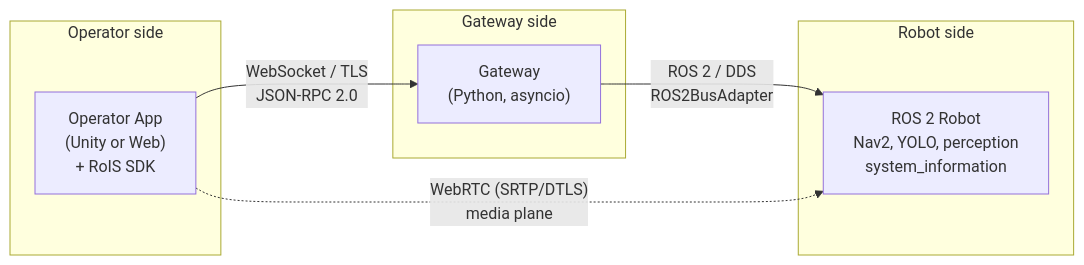
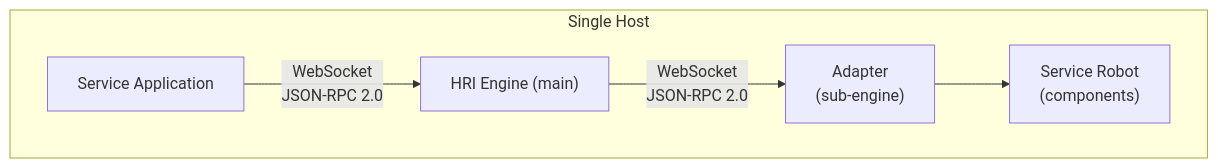
One commit to openrois/openrois changed the eighth of 17 diagrams in docs/white-paper.md. Above: the diagram before and after it, drawn with Mermaid. The commit also changed other lines of this file and 1 other file, not shown here.

First line of the commit message:
docs: correct engine overview and rewrite deployment topologies

````diff
--- a/docs/white-paper.md
+++ b/docs/white-paper.md
@@ -1260,18 +1265,12 @@
 ```mermaid
-flowchart LR
-    subgraph Operator["Operator side"]
-        App["Operator App<br/>(Unity or Web)<br/>+ RoIS SDK"]
+flowchart TB
+    subgraph Host["Single Host"]
+        App["Service Application"]
+        GW["HRI Engine (main)"]
+        Adapter["Adapter<br/>(sub-engine)"]
+        Robot["Service Robot<br/>(components)"]
+        App -->|"WebSocket<br/>JSON-RPC 2.0"| GW
+        GW -->|"WebSocket<br/>JSON-RPC 2.0"| Adapter
+        Adapter --> Robot
     end
-
-    subgraph GatewaySide["Gateway side"]
-        GW["Gateway<br/>(Python, asyncio)"]
-    end
-
-    subgraph RobotSide["Robot side"]
-        Robot["ROS 2 Robot<br/>Nav2, YOLO, perception<br/>system_information"]
-    end
-
-    App -->|"WebSocket / TLS<br/>JSON-RPC 2.0"| GW
-    GW -->|"ROS 2 / DDS<br/>ROS2BusAdapter"| Robot
-    App -.->|"WebRTC (SRTP/DTLS)<br/>media plane"| Robot
 ```
````
